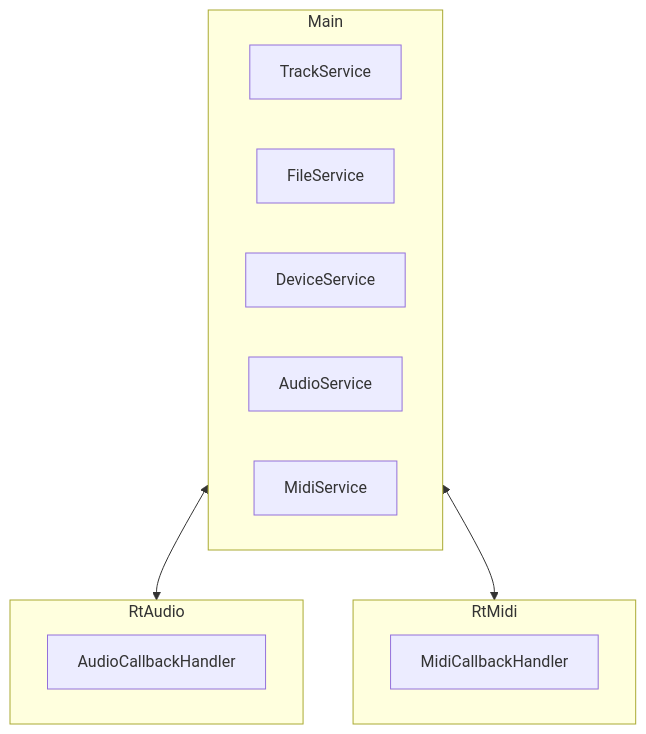
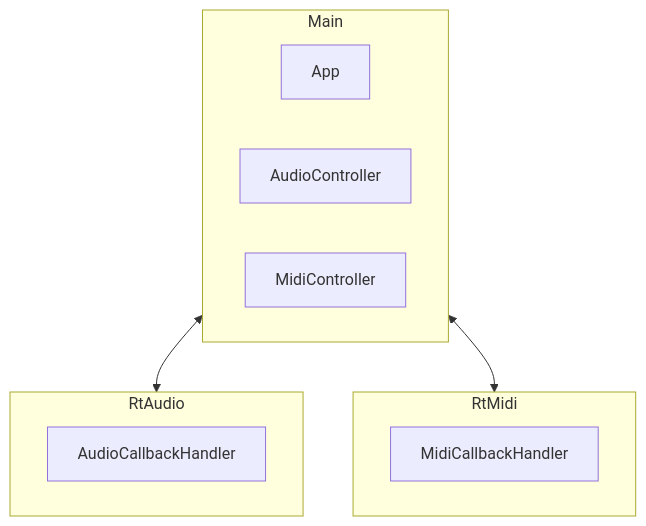
Before and after one commit to aidan-clyens/miniaudioengine: diagram 18 of 29 in docs/DESIGN_DOC.md, drawn with Mermaid. The commit also changed other lines of this file and 9 other files, not shown here.

````diff
--- a/docs/DESIGN_DOC.md
+++ b/docs/DESIGN_DOC.md
@@ -769,21 +749,19 @@
 ```mermaid
 graph TD
     subgraph Main
-        TrackService
-        FileService
-        DeviceService
-        AudioService
-        MidiService
+        App
+        AudioController
+        MidiController
     end
 
     subgraph RtAudio
         AudioCallbackHandler
     end
 
     subgraph RtMidi
         MidiCallbackHandler
     end
 
     Main <--> RtAudio
     Main <--> RtMidi
 ```
````
